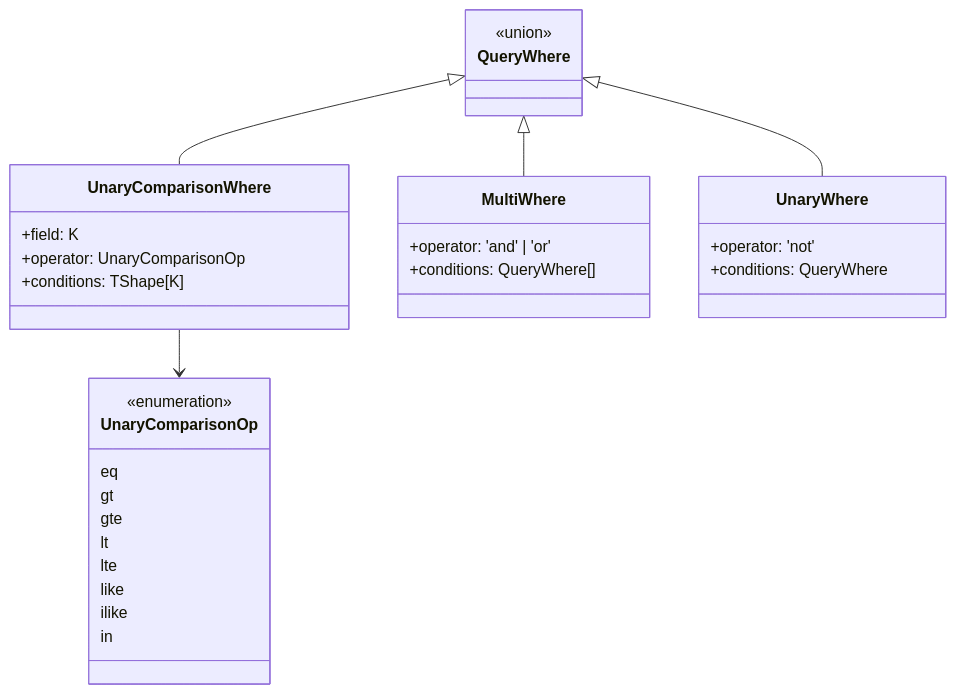
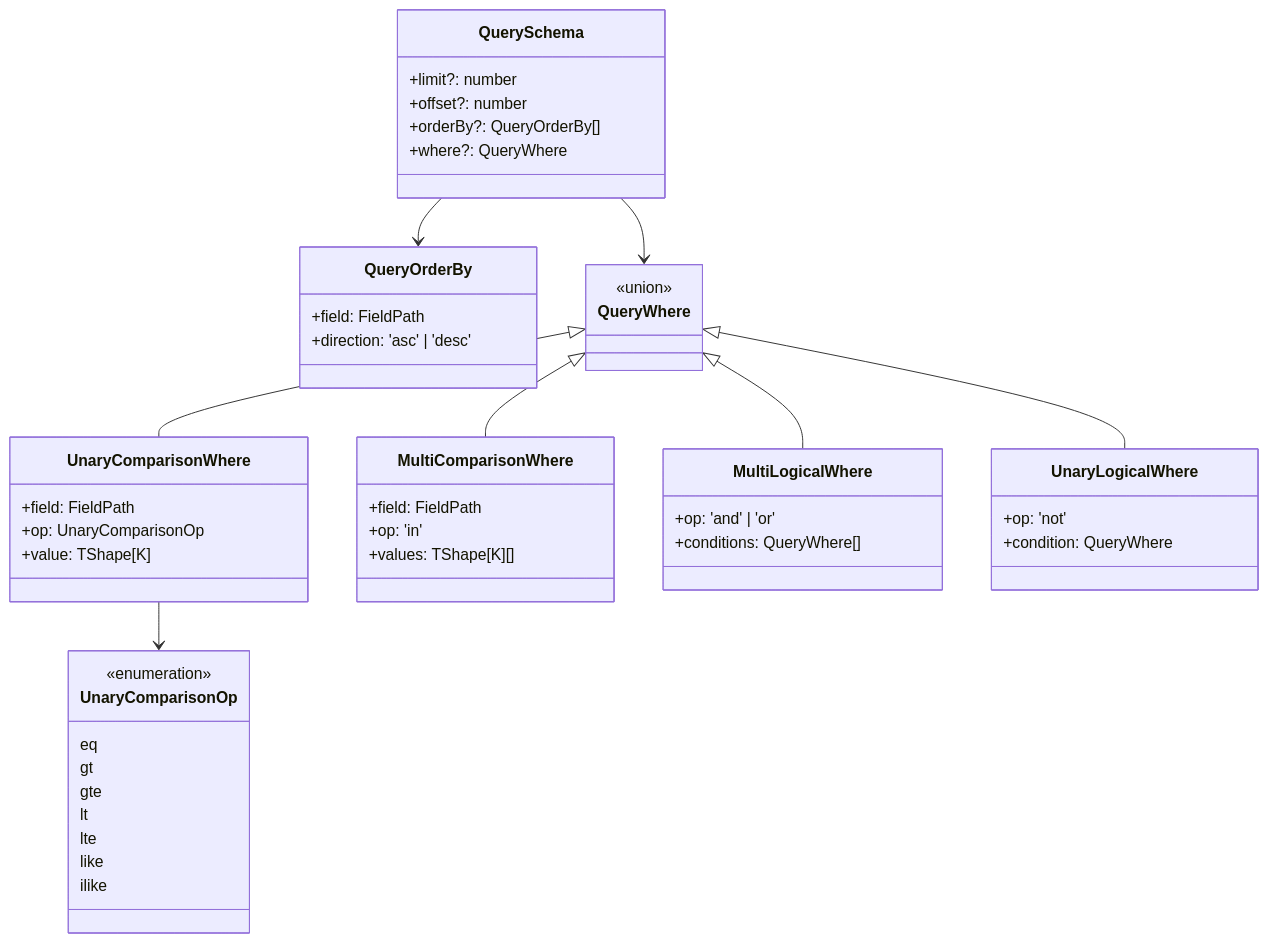
Before and after one commit to Nahida-aa/agnostic-query: the third of 3 diagrams in README.md, drawn with Mermaid. The commit also changed other lines of this file and 9 other files, not shown here.

````diff
--- a/README.md
+++ b/README.md
@@ -66,40 +87,60 @@
 ```mermaid
 classDiagram
+    class QuerySchema {
+        +limit?: number
+        +offset?: number
+        +orderBy?: QueryOrderBy[]
+        +where?: QueryWhere
+    }
+
+    class QueryOrderBy {
+        +field: FieldPath
+        +direction: 'asc' | 'desc'
+    }
+
     class QueryWhere {
         <<union>>
     }
 
     class UnaryComparisonWhere {
-        +field: K
-        +operator: UnaryComparisonOp
-        +conditions: TShape[K]
+        +field: FieldPath
+        +op: UnaryComparisonOp
+        +value: TShape[K]
     }
 
-    class MultiWhere {
-        +operator: 'and' | 'or'
+    class MultiComparisonWhere {
+        +field: FieldPath
+        +op: 'in'
+        +values: TShape[K][]
+    }
+
+    class MultiLogicalWhere {
+        +op: 'and' | 'or'
         +conditions: QueryWhere[]
     }
 
-    class UnaryWhere {
-        +operator: 'not'
-        +conditions: QueryWhere
+    class UnaryLogicalWhere {
+        +op: 'not'
+        +condition: QueryWhere
     }
 
+    QuerySchema --> QueryOrderBy
+    QuerySchema --> QueryWhere
     QueryWhere <|-- UnaryComparisonWhere
-    QueryWhere <|-- MultiWhere
-    QueryWhere <|-- UnaryWhere
+    QueryWhere <|-- MultiComparisonWhere
+    QueryWhere <|-- MultiLogicalWhere
+    QueryWhere <|-- UnaryLogicalWhere
 
     class UnaryComparisonOp {
         <<enumeration>>
         eq
         gt
         gte
         lt
         lte
         like
         ilike
-        in
     }
 
     UnaryComparisonWhere --> UnaryComparisonOp
 ```
````
